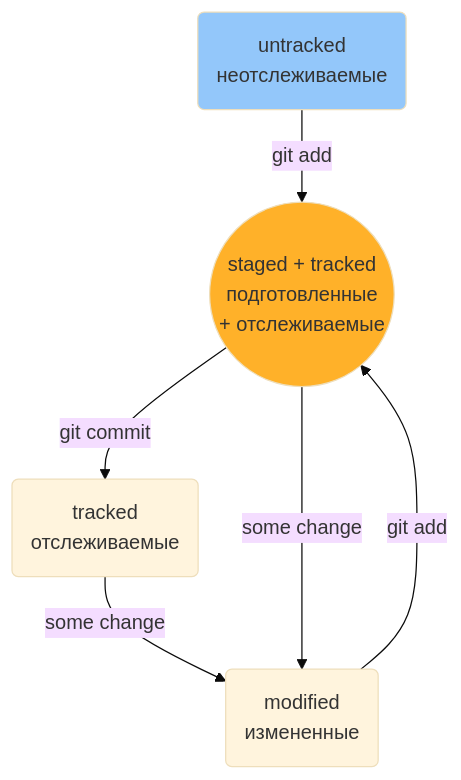
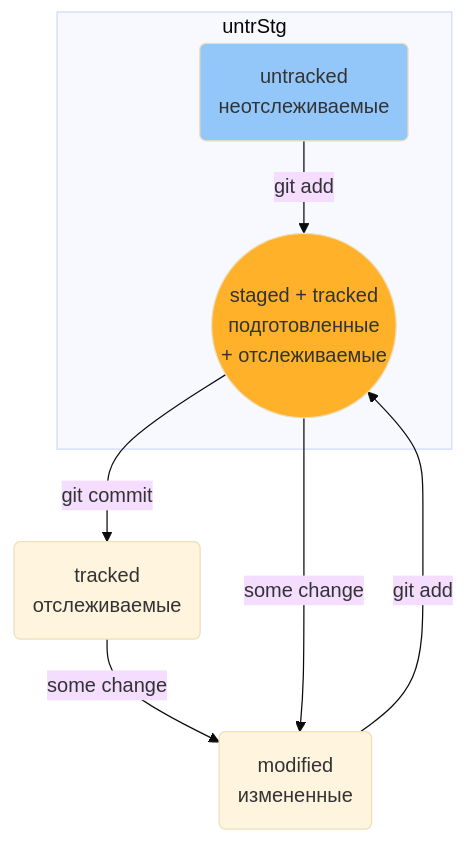
One commit to AleksandrVakarin/GitInstructionMermaid changed the diagram in README.md. Above: the diagram before and after it, drawn with Mermaid (base theme).

````diff
--- a/README.md
+++ b/README.md
@@ -93,18 +93,20 @@
 ```mermaid
 flowchart TD;
 	
 	stgd((staged + tracked<br>подготовленные<br> + отслеживаемые))
 	mdf(modified<br>измененные)
 	untr(untracked<br>неотслеживаемые)
 	trcd(tracked<br>отслеживаемые)
 
+	subgraph untrStg
+		untr-- git add -->stgd
+	end
 
-	untr-- git add -->stgd
 	stgd -- git commit -->trcd
 	trcd-- some change -->mdf
 	mdf-- git add --> stgd
 	stgd-- some change -->mdf
 
 	style stgd fill: #FFB129
 	style untr fill: #93C7FA
 ```
````
